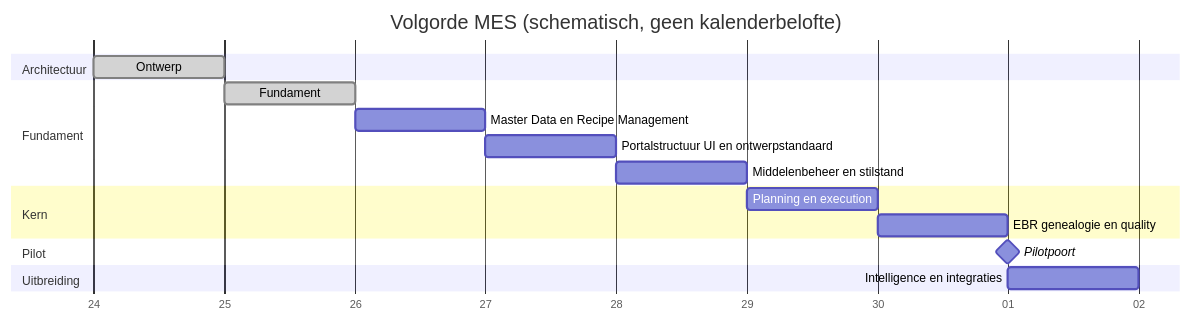
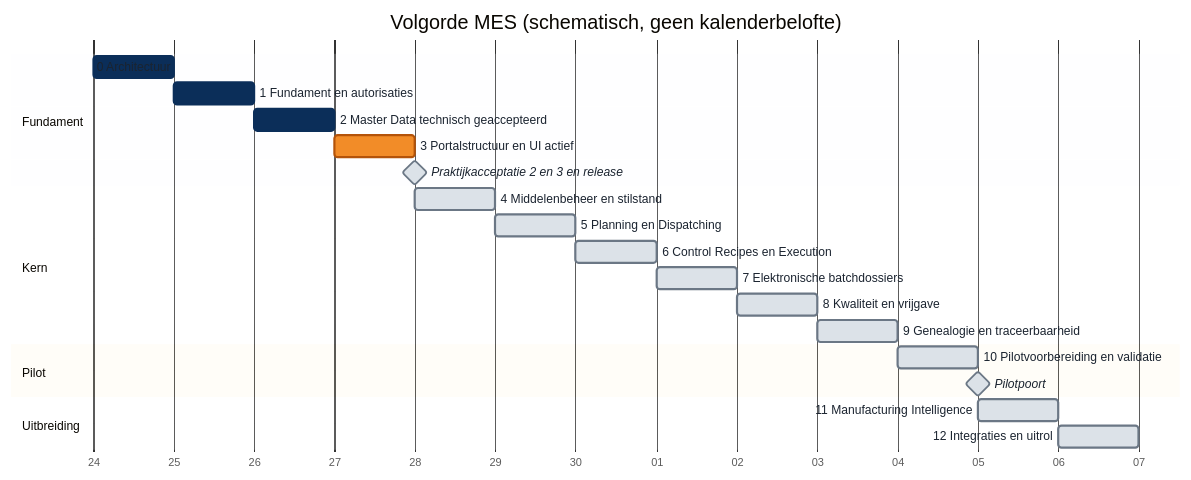
Before and after one commit to Gertjun/Manufacturing-Execution-System: the diagram in ROADMAP.md, drawn with Mermaid. The commit also changed other lines of this file and 8 other files, not shown here.

Commit message:
docs: harmonize MES roadmap and architecture diagrams with B+ style

````diff
--- a/ROADMAP.md
+++ b/ROADMAP.md
@@ -11,20 +11,27 @@
 ```mermaid
+%%{init: {"theme":"base","themeVariables":{"doneTaskBkgColor":"#0B2E59","doneTaskBorderColor":"#0B2E59","activeTaskBkgColor":"#F28C28","activeTaskBorderColor":"#B45309","taskBkgColor":"#DCE2E8","taskBorderColor":"#6B7785","taskTextColor":"#FFFFFF","taskTextDarkColor":"#1B2430","taskTextOutsideColor":"#1B2430","gridColor":"#DCE2E8","fontFamily":"Arial, sans-serif"}}}%%
 gantt
     title Volgorde MES (schematisch, geen kalenderbelofte)
     dateFormat YYYY-MM-DD
     axisFormat %d
-    section Architectuur
-    Ontwerp :done, a, 2026-11-24, 1d
+    todayMarker off
     section Fundament
-    Fundament :done, b, after a, 1d
-    Master Data en Recipe Management :c, after b, 1d
-    Portalstructuur UI en ontwerpstandaard :ui, after c, 1d
-    Middelenbeheer en stilstand :res, after ui, 1d
+    0 Architectuur :done, a, 2026-11-24, 1d
+    1 Fundament en autorisaties :done, b, after a, 1d
+    2 Master Data technisch geaccepteerd :done, c, after b, 1d
+    3 Portalstructuur en UI actief :active, ui, after c, 1d
+    Praktijkacceptatie 2 en 3 en release :milestone, gate, after ui, 0d
     section Kern
-    Planning en execution :d, after res, 1d
-    EBR genealogie en quality :e, after d, 1d
+    4 Middelenbeheer en stilstand :res, after gate, 1d
+    5 Planning en Dispatching :d, after res, 1d
+    6 Control Recipes en Execution :cr, after d, 1d
+    7 Elektronische batchdossiers :ebr, after cr, 1d
+    8 Kwaliteit en vrijgave :qa, after ebr, 1d
+    9 Genealogie en traceerbaarheid :gen, after qa, 1d
     section Pilot
-    Pilotpoort :milestone, f, after e, 0d
+    10 Pilotvoorbereiding en validatie :pilot, after gen, 1d
+    Pilotpoort :milestone, f, after pilot, 0d
     section Uitbreiding
-    Intelligence en integraties :g, after f, 1d
+    11 Manufacturing Intelligence :g, after f, 1d
+    12 Integraties en uitrol :h, after g, 1d
 ```
````
